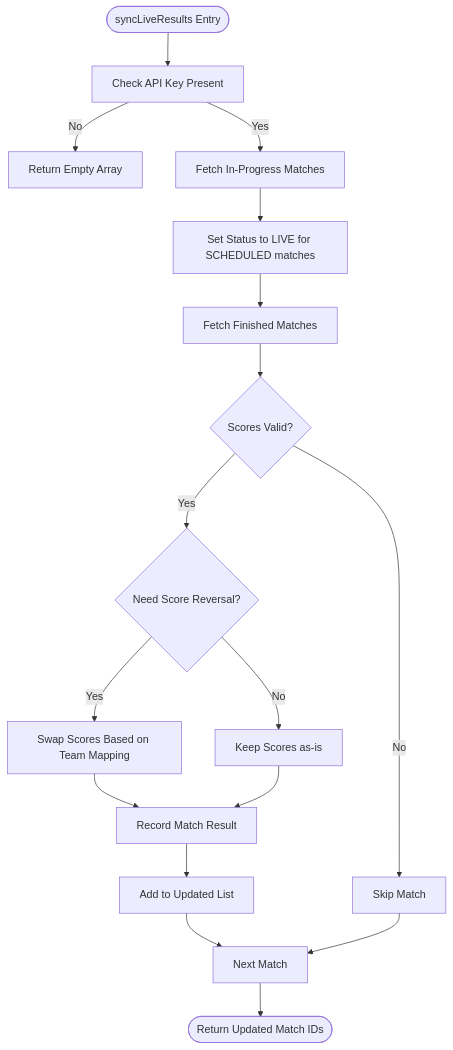
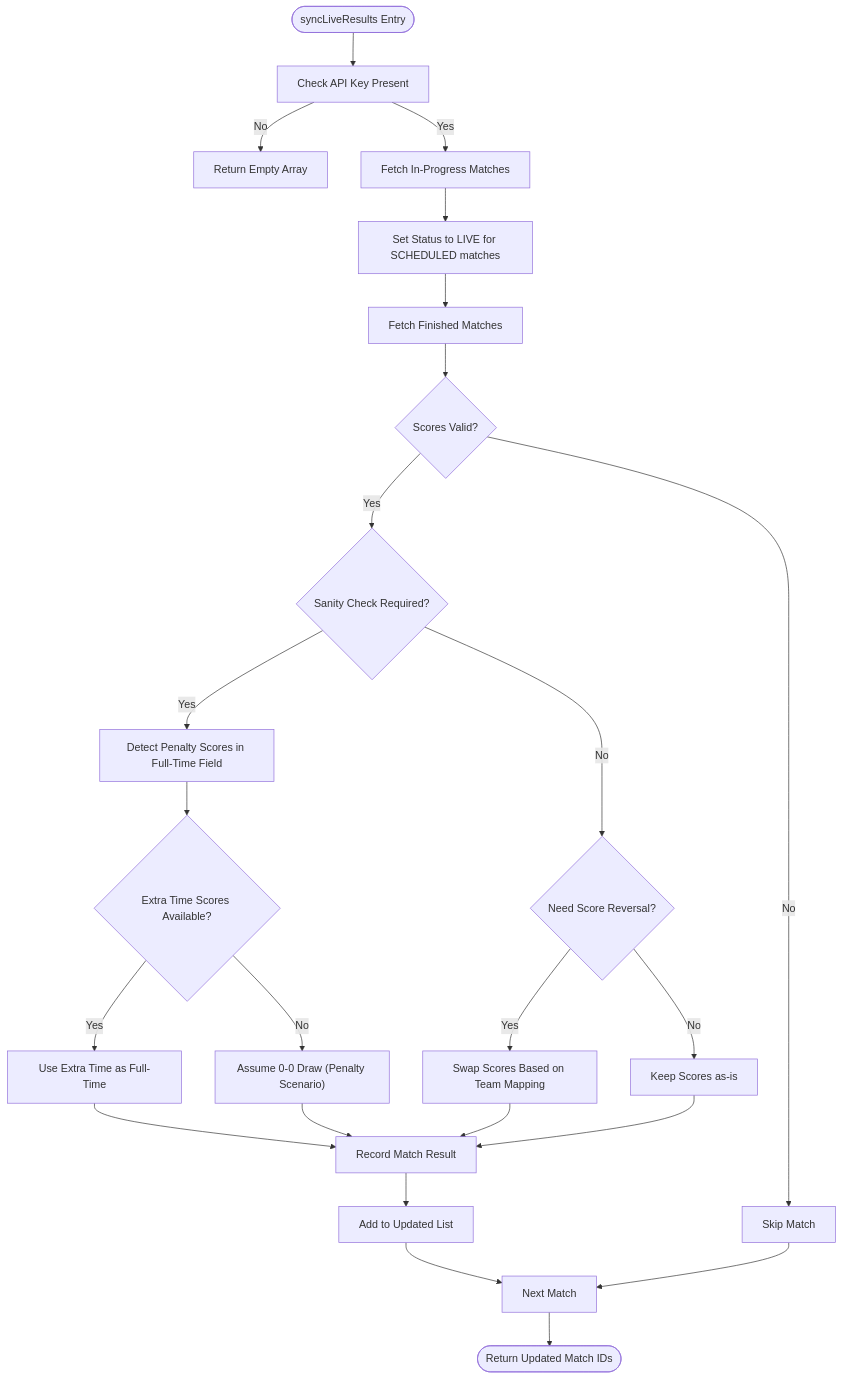
Before and after one commit to cheesiong/WC26-qwen: the third of 6 diagrams in .qoder/repowiki/en/content/Backend API Reference/System Synchronization API.md, drawn with Mermaid. The commit also changed other lines of this file and 30 other files, not shown here.

````diff
--- a/.qoder/repowiki/en/content/Backend API Reference/System Synchronization API.md
+++ b/.qoder/repowiki/en/content/Backend API Reference/System Synchronization API.md
@@ -197,19 +199,26 @@
 ```mermaid
 flowchart TD
 Start(["syncLiveResults Entry"]) --> CheckAPIKey["Check API Key Present"]
 CheckAPIKey --> |No| ReturnEmpty["Return Empty Array"]
 CheckAPIKey --> |Yes| FetchInProgress["Fetch In-Progress Matches"]
 FetchInProgress --> UpdateStatus["Set Status to LIVE for SCHEDULED matches"]
 UpdateStatus --> FetchFinished["Fetch Finished Matches"]
 FetchFinished --> ValidateScores{"Scores Valid?"}
 ValidateScores --> |No| SkipMatch["Skip Match"]
-ValidateScores --> |Yes| ReverseCheck{"Need Score Reversal?"}
+ValidateScores --> |Yes| SanityCheck{"Sanity Check Required?"}
+SanityCheck --> |Yes| DetectPenalties["Detect Penalty Scores in Full-Time Field"]
+DetectPenalties --> CheckExtraTime{"Extra Time Scores Available?"}
+CheckExtraTime --> |Yes| UseExtraTime["Use Extra Time as Full-Time"]
+CheckExtraTime --> |No| AssumeDraw["Assume 0-0 Draw (Penalty Scenario)"]
+SanityCheck --> |No| ReverseCheck{"Need Score Reversal?"}
 ReverseCheck --> |Yes| ApplyReversal["Swap Scores Based on Team Mapping"]
 ReverseCheck --> |No| KeepScores["Keep Scores as-is"]
-ApplyReversal --> RecordResult["Record Match Result"]
+UseExtraTime --> RecordResult["Record Match Result"]
+AssumeDraw --> RecordResult
+ApplyReversal --> RecordResult
 KeepScores --> RecordResult
 RecordResult --> AddToUpdate["Add to Updated List"]
 AddToUpdate --> NextMatch["Next Match"]
 SkipMatch --> NextMatch
 NextMatch --> Done(["Return Updated Match IDs"])
 ```
````
